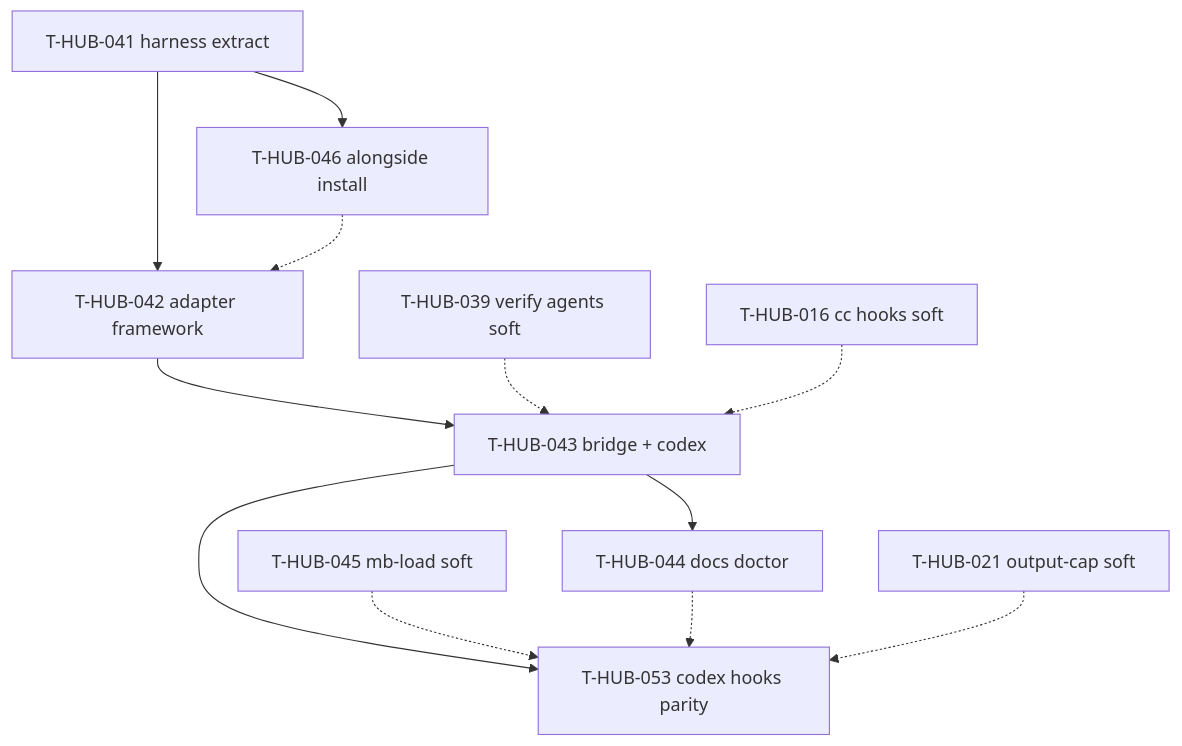
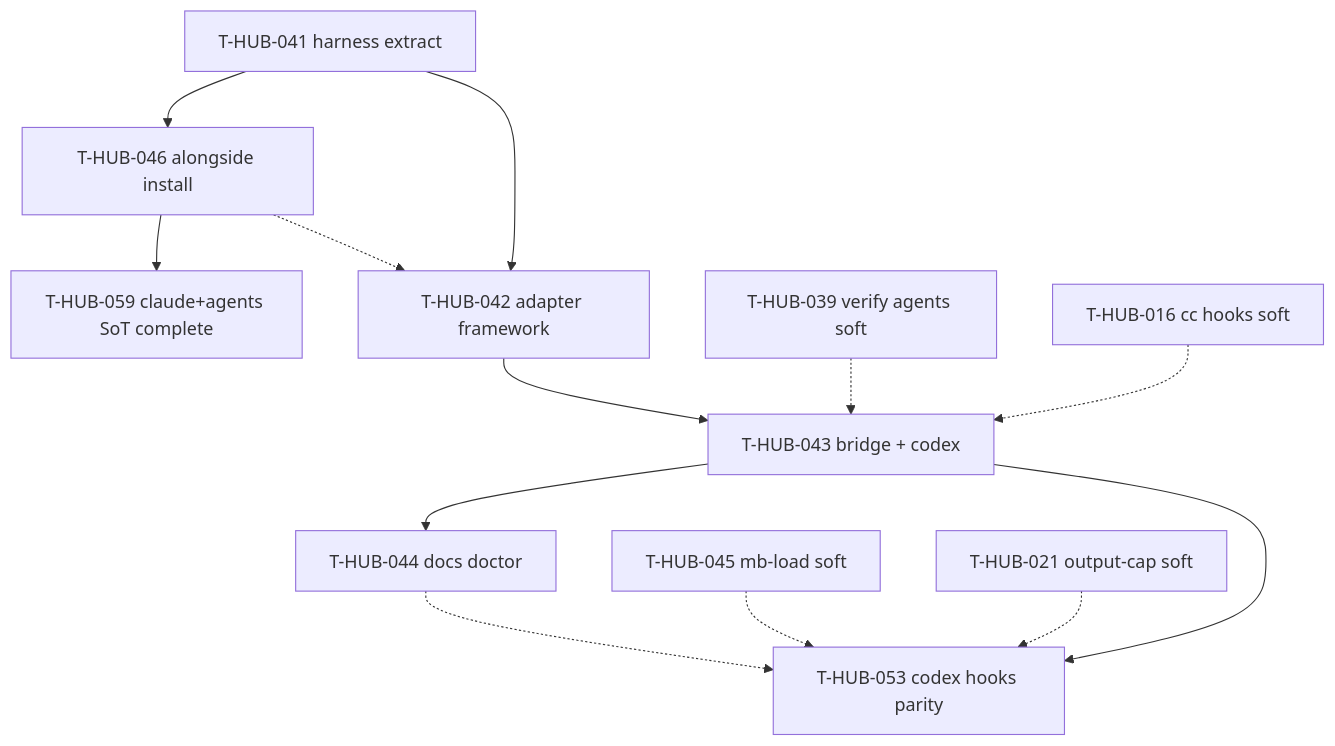
The diagram in memory-bank/back/plan/roadmap-harness-universal-runtime-epics.md (aeroalgo/dev-hub), drawn with Mermaid before and after one commit. The commit also changed other lines of this file and 117 other files, not shown here.

````diff
--- a/memory-bank/back/plan/roadmap-harness-universal-runtime-epics.md
+++ b/memory-bank/back/plan/roadmap-harness-universal-runtime-epics.md
@@ -29,24 +30,27 @@
 ```mermaid
 flowchart TB
   H041[T-HUB-041 harness extract]
   H046[T-HUB-046 alongside install]
+  H059[T-HUB-059 claude+agents SoT complete]
   H042[T-HUB-042 adapter framework]
   H043[T-HUB-043 bridge + codex]
   H044[T-HUB-044 docs doctor]
   H045[T-HUB-045 mb-load soft]
   H053[T-HUB-053 codex hooks parity]
   H039[T-HUB-039 verify agents soft]
   H016[T-HUB-016 cc hooks soft]
   H021[T-HUB-021 output-cap soft]
+
   H041 --> H046
+  H046 --> H059
   H041 --> H042
   H046 -.-> H042
   H042 --> H043
   H043 --> H044
   H043 --> H053
   H045 -.-> H053
   H044 -.-> H053
   H021 -.-> H053
   H039 -.-> H043
   H016 -.-> H043
 ```
````
